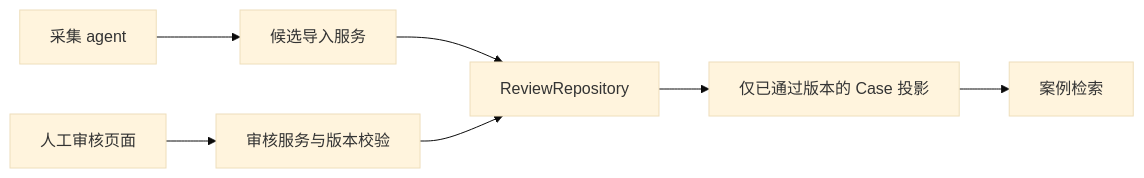
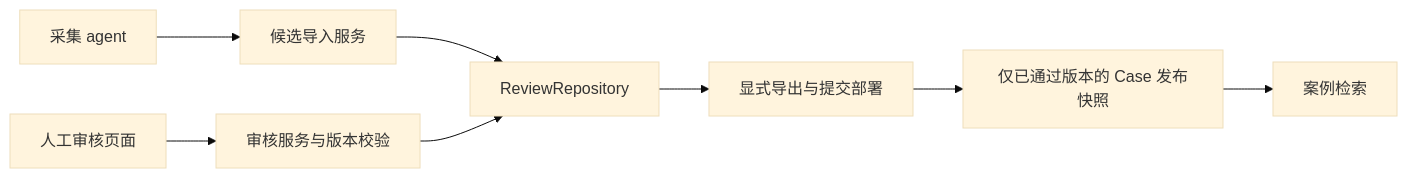
Before and after one commit to WeiqiZhou2002/travel-claims-copilot: the diagram in docs/dp-review.md, drawn with Mermaid (base theme). The commit also changed other lines of this file and 63 other files, not shown here.

````diff
--- a/docs/dp-review.md
+++ b/docs/dp-review.md
@@ -34,9 +38,10 @@
 ```mermaid
 flowchart LR
   A[采集 agent] --> B[候选导入服务]
   B --> C[ReviewRepository]
   H[人工审核页面] --> D[审核服务与版本校验]
   D --> C
-  C --> P[仅已通过版本的 Case 投影]
+  C --> E[显式导出与提交部署]
+  E --> P[仅已通过版本的 Case 发布快照]
   P --> R[案例检索]
 ```
````
